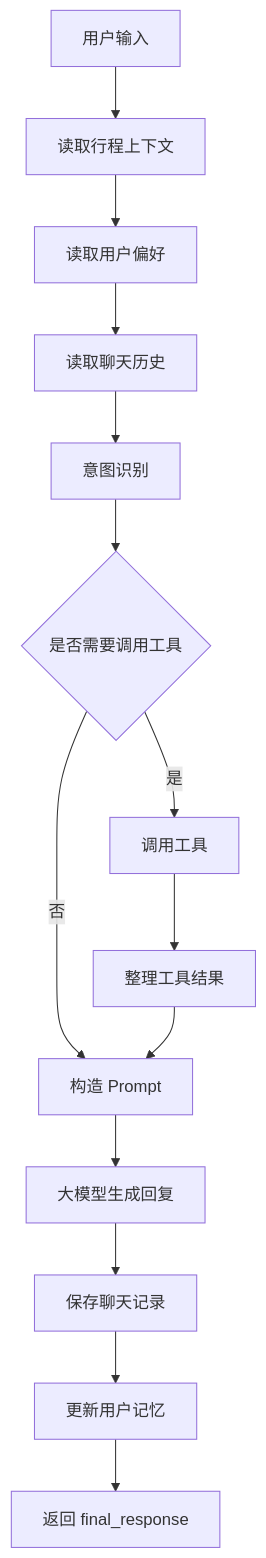
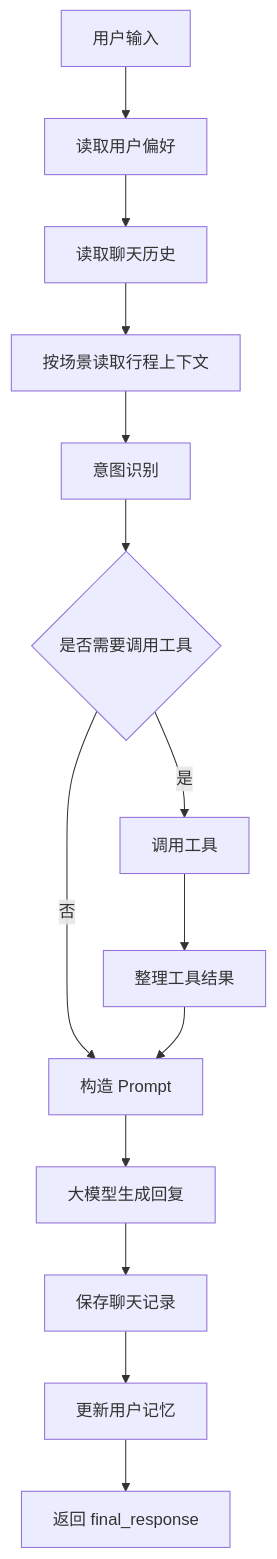
Before and after one commit to linzch23/DaoYou: the second of 10 diagrams in docs/技术设计文档.md, drawn with Mermaid. The commit also changed other lines of this file and 30 other files, not shown here.

````diff
--- a/docs/技术设计文档.md
+++ b/docs/技术设计文档.md
@@ -341,16 +341,16 @@
 ```mermaid
 flowchart TD
-    A[用户输入] --> B[读取行程上下文]
-    B --> C[读取用户偏好]
-    C --> D[读取聊天历史]
+    A[用户输入] --> B[读取用户偏好]
+    B --> C[读取聊天历史]
+    C --> D[按场景读取行程上下文]
     D --> E[意图识别]
     E --> F{是否需要调用工具}
     F -->|是| G[调用工具]
     G --> H[整理工具结果]
     F -->|否| I[构造 Prompt]
     H --> I
     I --> J[大模型生成回复]
     J --> K[保存聊天记录]
     K --> L[更新用户记忆]
     L --> M[返回 final_response]
 ```
````
